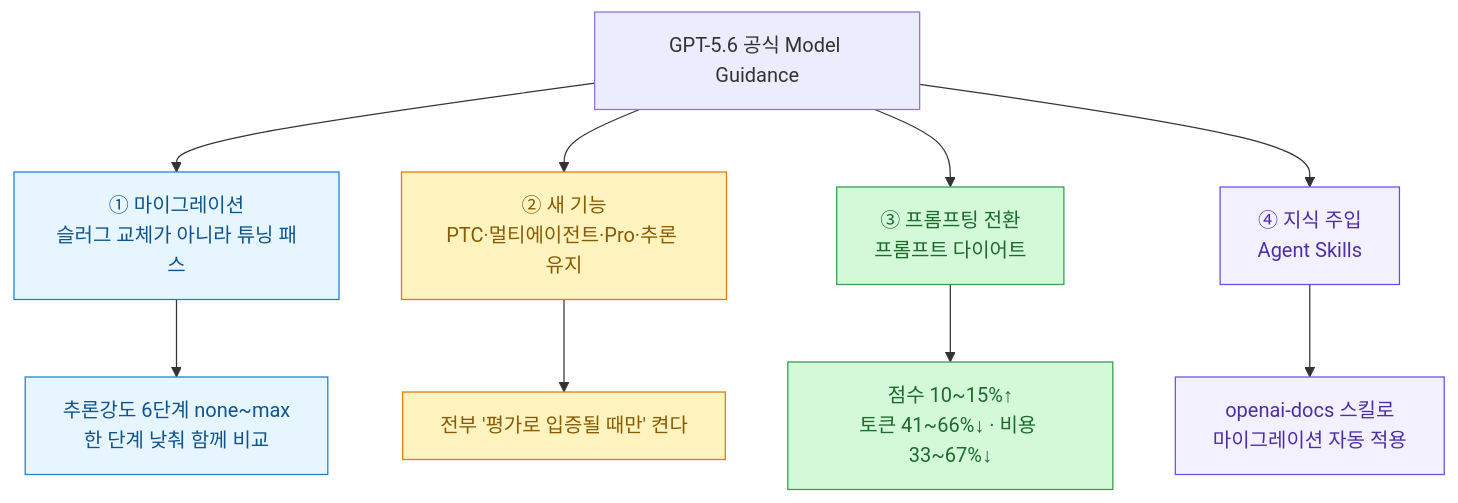
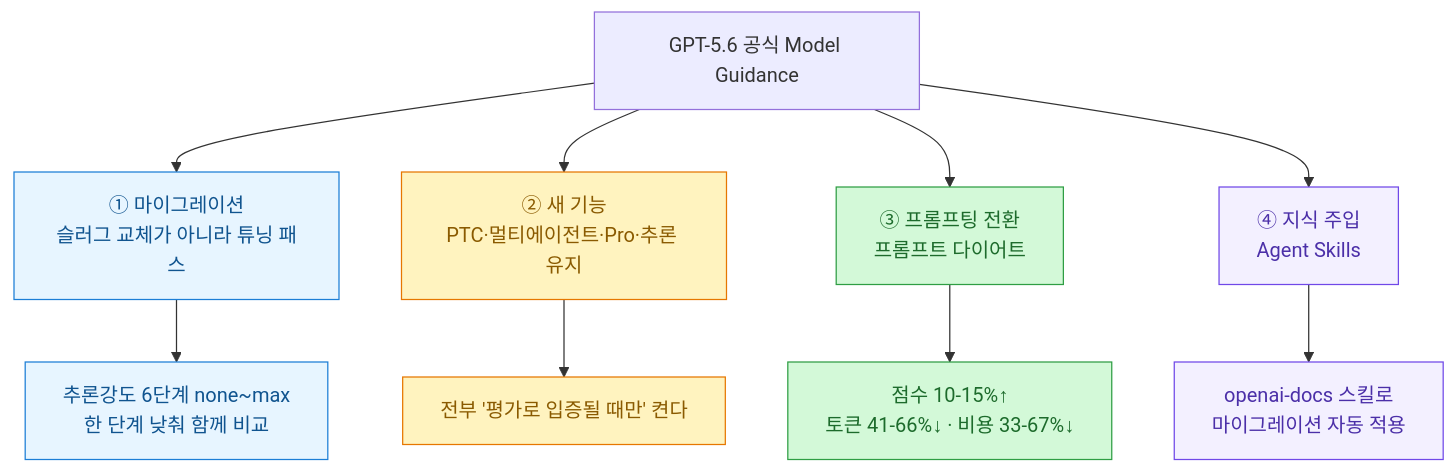
Before and after one commit to DBhyeong/DBhyeong.github.io: the first of 4 diagrams in content/blog/gpt-5-6-model-guidance-prompt-diet-and-agent-skills.md, drawn with Mermaid. The commit also changed 6 other files, not shown here.

First line of the commit message:
fix(mermaid): 라벨 내 물결 2개가 취소선으로 파싱되는 버그 수정

````diff
--- a/content/blog/gpt-5-6-model-guidance-prompt-diet-and-agent-skills.md
+++ b/content/blog/gpt-5-6-model-guidance-prompt-diet-and-agent-skills.md
@@ -20,19 +20,19 @@
 ```mermaid
 flowchart TD
     G["GPT-5.6 공식 Model Guidance"] --> M["① 마이그레이션<br/>슬러그 교체가 아니라 튜닝 패스"]
     G --> F["② 새 기능<br/>PTC·멀티에이전트·Pro·추론 유지"]
     G --> P["③ 프롬프팅 전환<br/>프롬프트 다이어트"]
     G --> S["④ 지식 주입<br/>Agent Skills"]
     M --> M1["추론강도 6단계 none~max<br/>한 단계 낮춰 함께 비교"]
     F --> F1["전부 '평가로 입증될 때만' 켠다"]
-    P --> P1["점수 10~15%↑<br/>토큰 41~66%↓ · 비용 33~67%↓"]
+    P --> P1["점수 10-15%↑<br/>토큰 41-66%↓ · 비용 33-67%↓"]
     S --> S1["openai-docs 스킬로<br/>마이그레이션 자동 적용"]
     classDef a fill:#e7f5ff,stroke:#1c7ed6,color:#10548f;
     classDef b fill:#fff3bf,stroke:#e67700,color:#8a5a00;
     classDef c fill:#d3f9d8,stroke:#2f9e44,color:#1d6b2c;
     classDef d fill:#f3f0ff,stroke:#7048e8,color:#4b2fa8;
     class M,M1 a;
     class F,F1 b;
     class P,P1 c;
     class S,S1 d;
 ```
````
